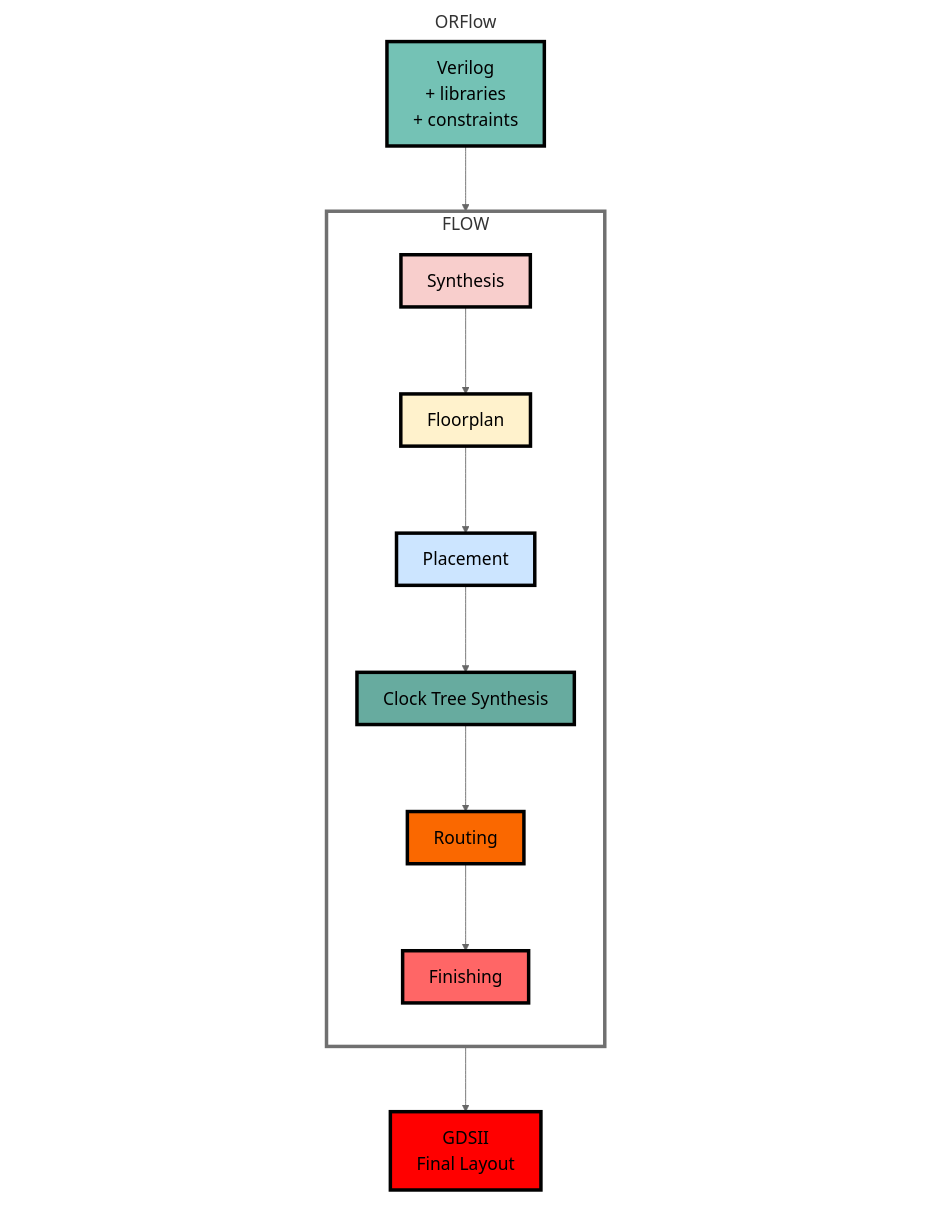
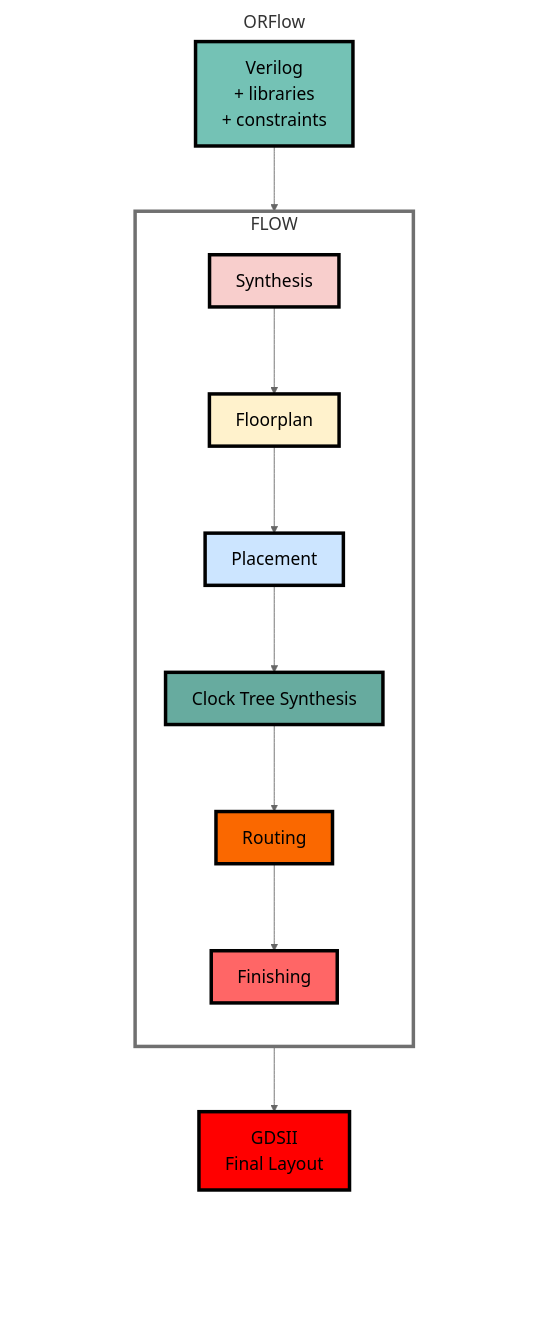
One commit to The-OpenROAD-Project/OpenROAD changed the first of 2 diagrams in README.md. Above: the diagram before and after it, drawn with Mermaid.

Commit message:
add one box below

````diff
--- a/README.md
+++ b/README.md
@@ -15,55 +15,52 @@
 ```mermaid
 %%{
   init: {
     'theme': 'neutral',
     'themeVariables': {
       'textColor': '#000000',
       'noteTextColor' : '#000000',
       'fontSize': '20px'
     }
   }
 }%%
 
 flowchart LR
-    b0[ ] --- b2[ ] --- b4[ ] --- ORFlow --- b1[ ] --- b3[ ] --- b5[ ]
+    b0[ ] --- ORFlow --- b1[ ]
     style b0 stroke-width:0px, fill: #FFFFFF00
     style b1 stroke-width:0px, fill: #FFFFFF00
-    style b2 stroke-width:0px, fill: #FFFFFF00
-    style b3 stroke-width:0px, fill: #FFFFFF00
-    style b4 stroke-width:0px, fill: #FFFFFF00
-    style b5 stroke-width:0px, fill: #FFFFFF00
     linkStyle 0 stroke-width:0px
     linkStyle 1 stroke-width:0px
-    linkStyle 2 stroke-width:0px
-    linkStyle 3 stroke-width:0px
-    linkStyle 4 stroke-width:0px
-    linkStyle 5 stroke-width:0px
 
 
     subgraph ORFlow
     direction TB
     style ORFlow fill:#ffffff00, stroke-width:0px
         A[Verilog\n+ libraries\n + constraints] --> FLOW
         style A fill:#74c2b5,stroke:#000000,stroke-width:4px
         subgraph FLOW
         style FLOW fill:#FFFFFF00,stroke-width:4px
 
         direction TB
             B[Synthesis]
             B --> C[Floorplan]
             C --> D[Placement]
             D --> E[Clock Tree Synthesis]
             E --> F[Routing]
             F --> G[Finishing]
             style B fill:#f8cecc,stroke:#000000,stroke-width:4px
             style C fill:#fff2cc,stroke:#000000,stroke-width:4px
             style D fill:#cce5ff,stroke:#000000,stroke-width:4px
             style E fill:#67ab9f,stroke:#000000,stroke-width:4px
             style F fill:#fa6800,stroke:#000000,stroke-width:4px
             style G fill:#ff6666,stroke:#000000,stroke-width:4px
         end
 
         FLOW --> H[GDSII\n Final Layout]
+        H --- H1[ ]
+        style H1 stroke-width:0px, fill: #FFFFFF00
+        linkStyle 9 stroke-width:0px
+
+
         style H fill:#ff0000,stroke:#000000,stroke-width:4px
     end
 ```
````
